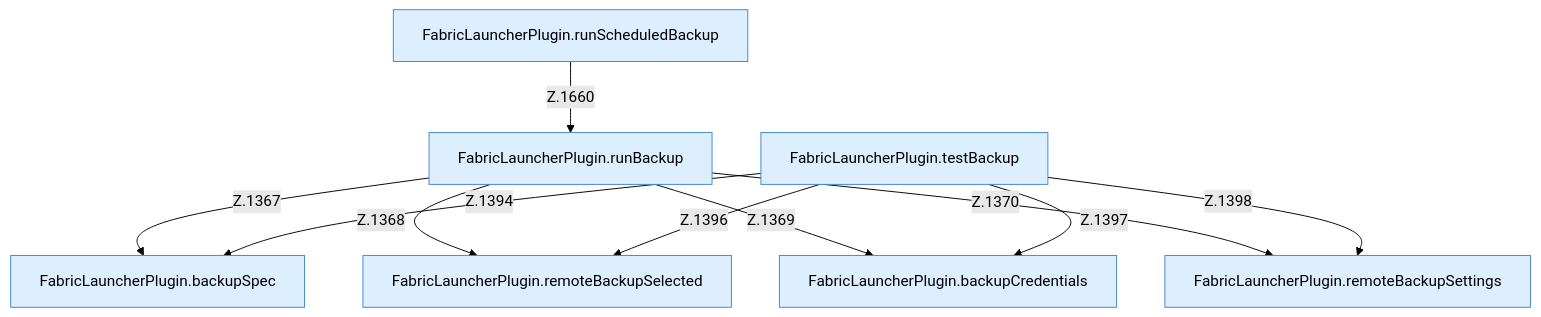
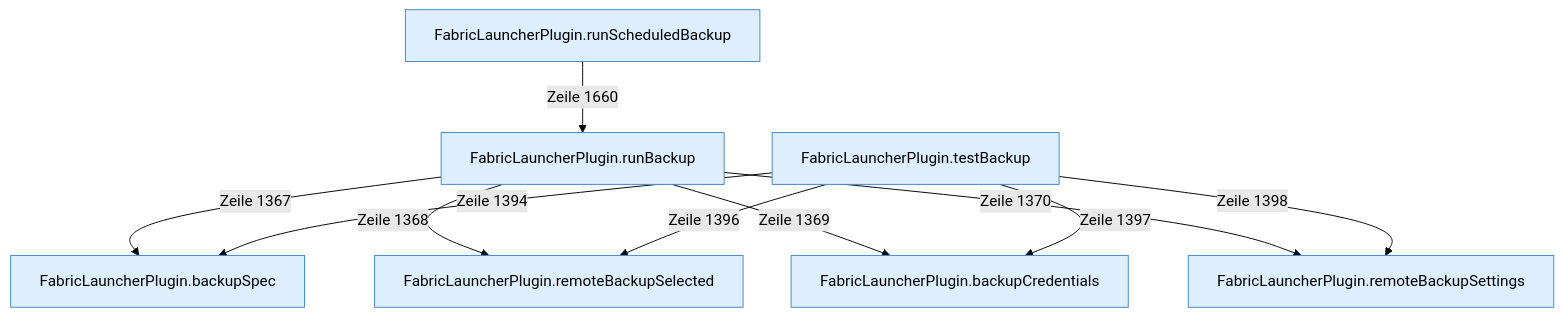
One commit to PrinceDiamant/minecraft-serverhoster-plugin changed the diagram in Backup-Lauf.md. Above: the diagram before and after it, drawn with Mermaid (forest theme). The commit also changed other lines of this file and 2005 other files, not shown here.

````diff
--- a/Backup-Lauf.md
+++ b/Backup-Lauf.md
@@ -5,21 +5,21 @@
 ```mermaid
 flowchart TD
   n1["FabricLauncherPlugin.runBackup"]:::internal-link
   n2["FabricLauncherPlugin.testBackup"]:::internal-link
   n3["FabricLauncherPlugin.remoteBackupSelected"]:::internal-link
   n4["FabricLauncherPlugin.remoteBackupSettings"]:::internal-link
   n5["FabricLauncherPlugin.backupCredentials"]:::internal-link
   n6["FabricLauncherPlugin.backupSpec"]:::internal-link
   n7["FabricLauncherPlugin.runScheduledBackup"]:::internal-link
-  n1 -->|"Z.1367"| n6
-  n1 -->|"Z.1368"| n3
-  n1 -->|"Z.1369"| n5
-  n1 -->|"Z.1370"| n4
-  n2 -->|"Z.1394"| n6
-  n2 -->|"Z.1396"| n3
-  n2 -->|"Z.1397"| n5
-  n2 -->|"Z.1398"| n4
-  n7 -->|"Z.1660"| n1
+  n1 -->|"Zeile 1367"| n6
+  n1 -->|"Zeile 1368"| n3
+  n1 -->|"Zeile 1369"| n5
+  n1 -->|"Zeile 1370"| n4
+  n2 -->|"Zeile 1394"| n6
+  n2 -->|"Zeile 1396"| n3
+  n2 -->|"Zeile 1397"| n5
+  n2 -->|"Zeile 1398"| n4
+  n7 -->|"Zeile 1660"| n1
   classDef internal-link fill:#ddeeff,stroke:#4488cc
   classDef befund fill:#f88
 ```
````
